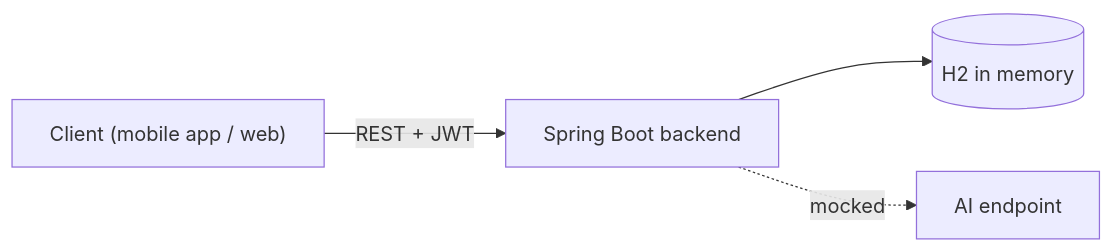
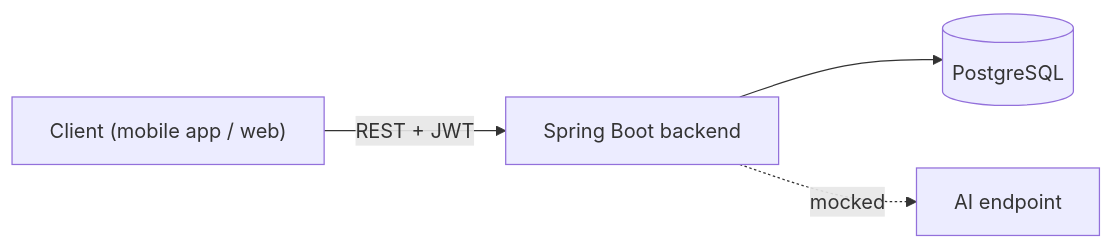
The first of 2 diagrams in README.md (SasiPiro/TestAutoWizard), drawn with Mermaid before and after one commit. The commit also changed other lines of this file, not shown here.

First line of the commit message:
docs: README after the upgrade and the move to PostgreSQL

````diff
--- a/README.md
+++ b/README.md
@@ -61,6 +65,6 @@
 ```mermaid
 graph LR
     C["Client (mobile app / web)"] -->|"REST + JWT"| API["Spring Boot backend"]
-    API --> DB[("H2 in memory")]
+    API --> DB[("PostgreSQL")]
     API -.->|"mocked"| AI["AI endpoint"]
 ```
````
